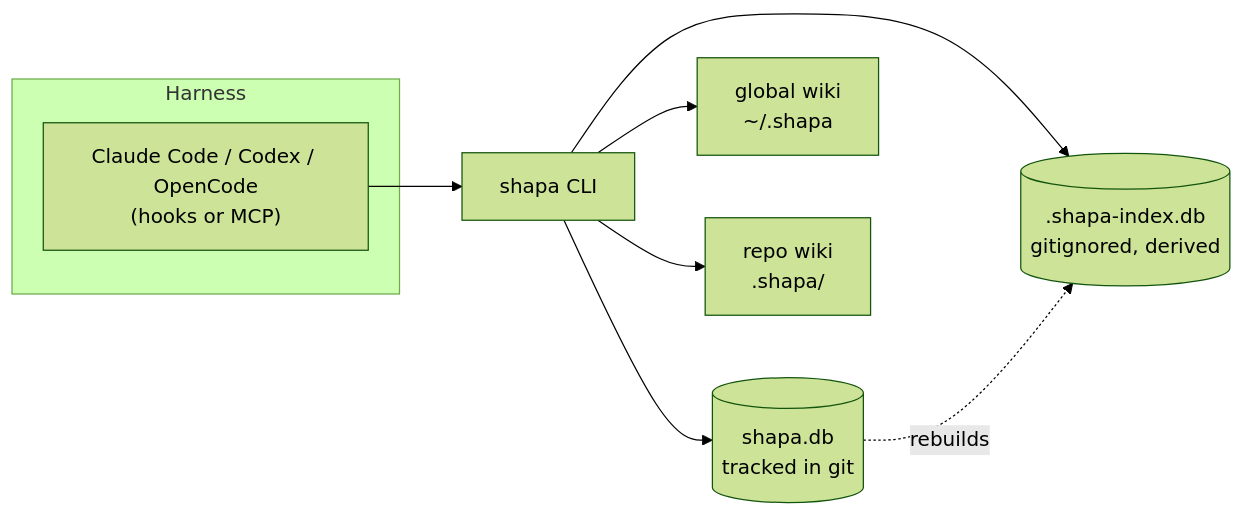
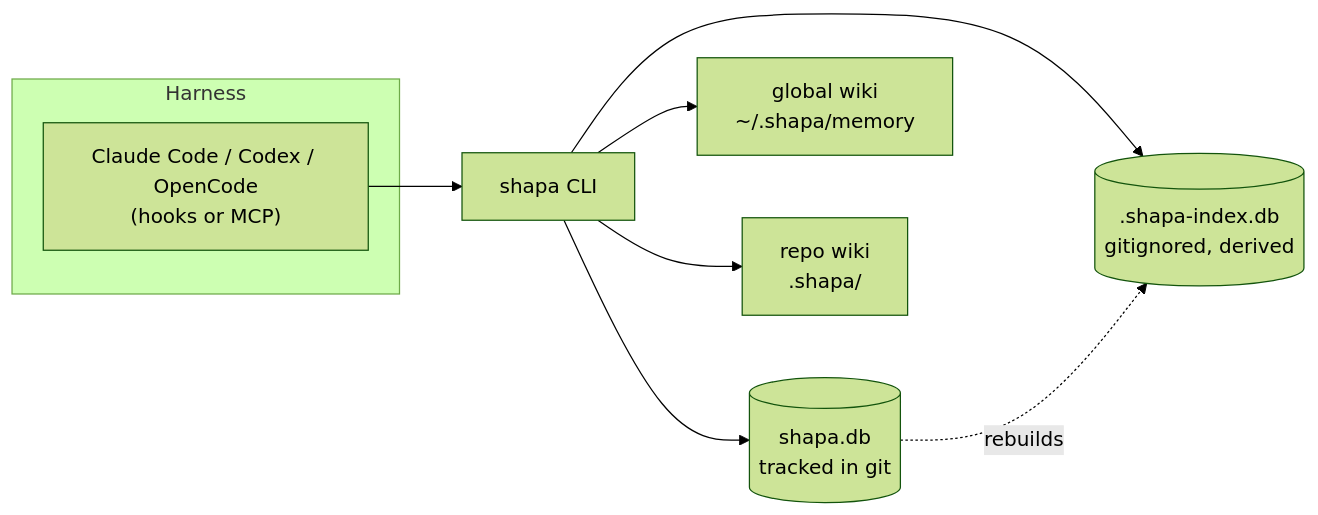
Before and after one commit to Roukh/shapa-llm: the diagram in README.md, drawn with Mermaid (forest theme). The commit also changed other lines of this file and 1 other file, not shown here.

````diff
--- a/README.md
+++ b/README.md
@@ -70,12 +75,12 @@
 ```mermaid
 flowchart LR
     subgraph Harness
         H["Claude Code / Codex / OpenCode\n(hooks or MCP)"]
     end
     H --> CLI["shapa CLI"]
     CLI --> DB[("shapa.db\ntracked in git")]
     CLI --> IDX[(".shapa-index.db\ngitignored, derived")]
     DB -.rebuilds.-> IDX
-    CLI --> GW["global wiki\n~/.shapa"]
+    CLI --> GW["global wiki\n~/.shapa/memory"]
     CLI --> RW["repo wiki\n.shapa/"]
 ```
````
